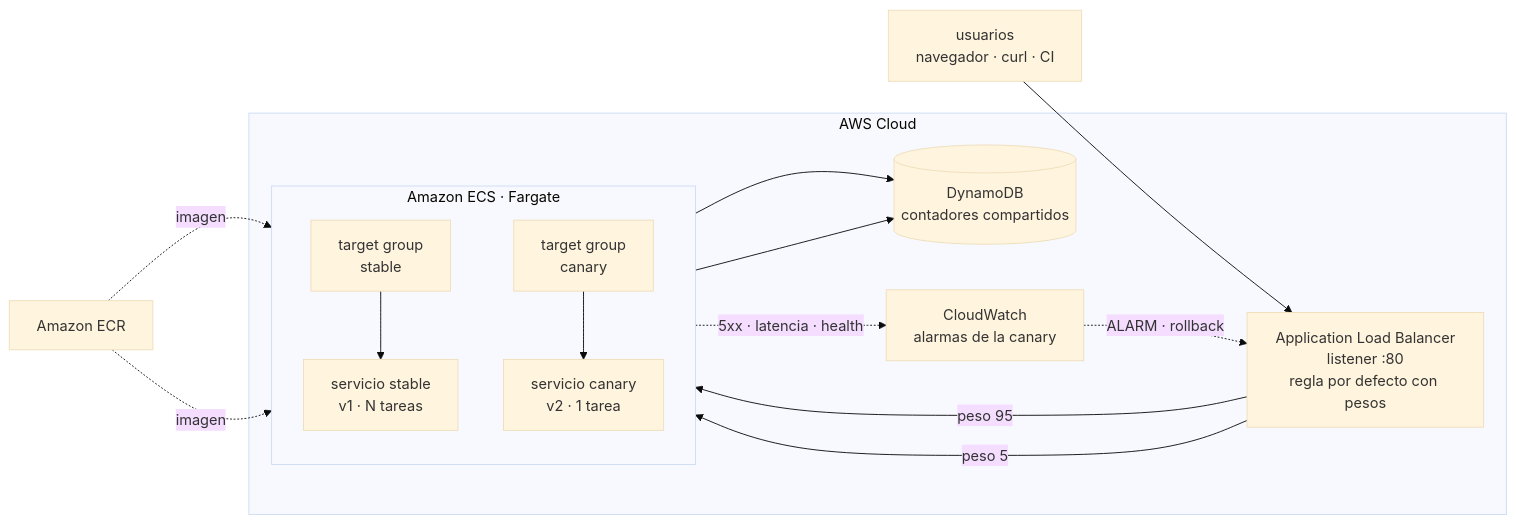
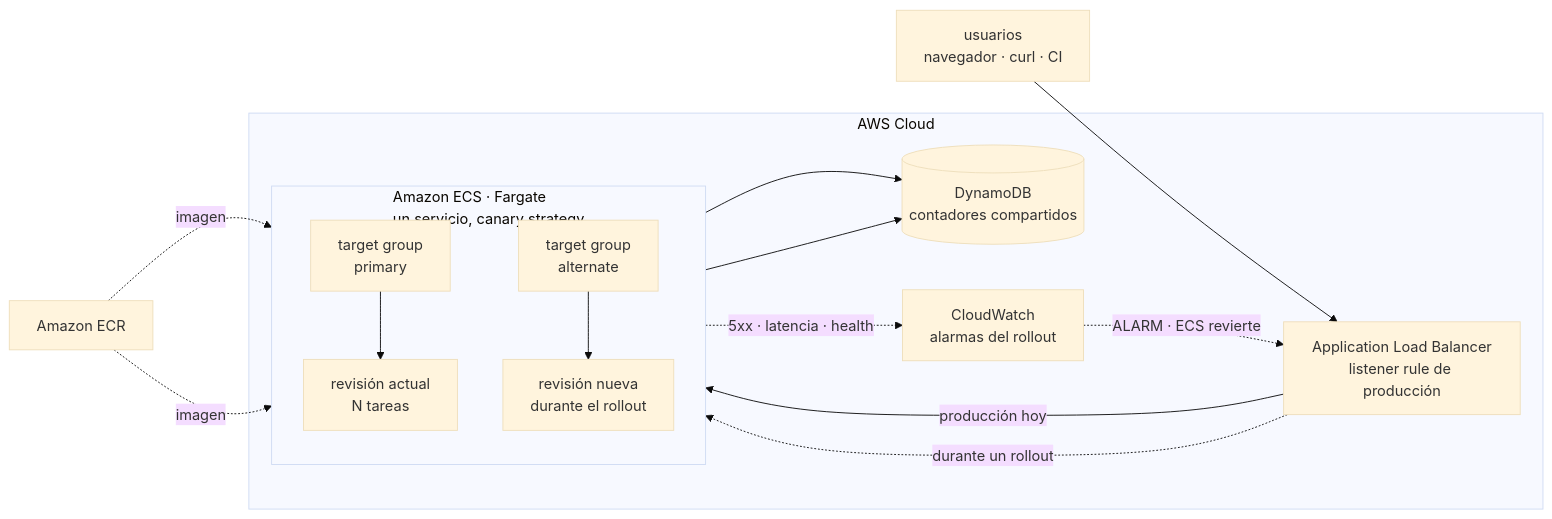
Before and after one commit to roxsross/aws-ecs-canary-in-action: the diagram in README.md, drawn with Mermaid (base theme). The commit also changed other lines of this file and 2 other files, not shown here.

````diff
--- a/README.md
+++ b/README.md
@@ -30,33 +36,33 @@
 ```mermaid
 flowchart LR
     users["usuarios<br/>navegador · curl · CI"]
 
     subgraph aws["AWS Cloud"]
-        alb["Application Load Balancer<br/>listener :80<br/>regla por defecto con pesos"]
+        alb["Application Load Balancer<br/>listener rule de producción"]
 
-        subgraph ecs["Amazon ECS · Fargate"]
+        subgraph ecs["Amazon ECS · Fargate<br/>un servicio, canary strategy"]
             direction TB
-            tgs["target group<br/>stable"]
-            tgc["target group<br/>canary"]
-            svcs["servicio stable<br/>v1 · N tareas"]
-            svcc["servicio canary<br/>v2 · 1 tarea"]
-            tgs --> svcs
-            tgc --> svcc
+            tgp["target group<br/>primary"]
+            tga["target group<br/>alternate"]
+            svcp["revisión actual<br/>N tareas"]
+            svca["revisión nueva<br/>durante el rollout"]
+            tgp --> svcp
+            tga --> svca
         end
 
         ddb[("DynamoDB<br/>contadores compartidos")]
-        cw["CloudWatch<br/>alarmas de la canary"]
+        cw["CloudWatch<br/>alarmas del rollout"]
     end
 
     ecr["Amazon ECR"]
 
     users --> alb
-    alb -->|"peso 95"| tgs
-    alb -->|"peso 5"| tgc
-    svcs --> ddb
-    svcc --> ddb
-    ecr -.->|"imagen"| svcs
-    ecr -.->|"imagen"| svcc
-    svcc -.->|"5xx · latencia · health"| cw
-    cw -.->|"ALARM · rollback"| alb
+    alb -->|"producción hoy"| tgp
+    alb -.->|"durante un rollout"| tga
+    svcp --> ddb
+    svca --> ddb
+    ecr -.->|"imagen"| svcp
+    ecr -.->|"imagen"| svca
+    svca -.->|"5xx · latencia · health"| cw
+    cw -.->|"ALARM · ECS revierte"| alb
 ```
````
